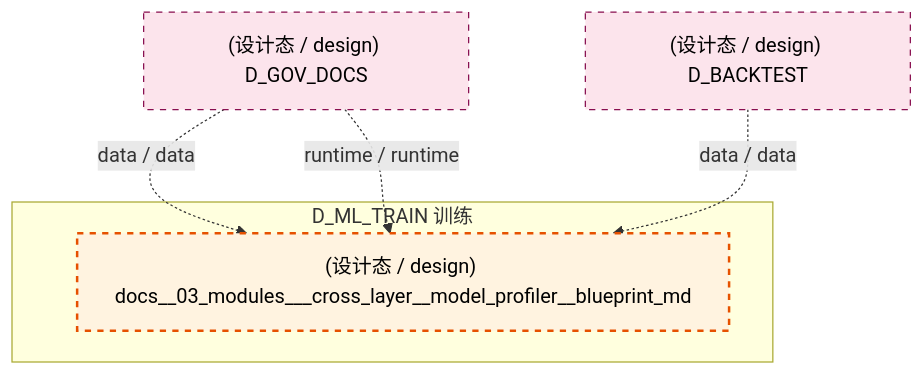
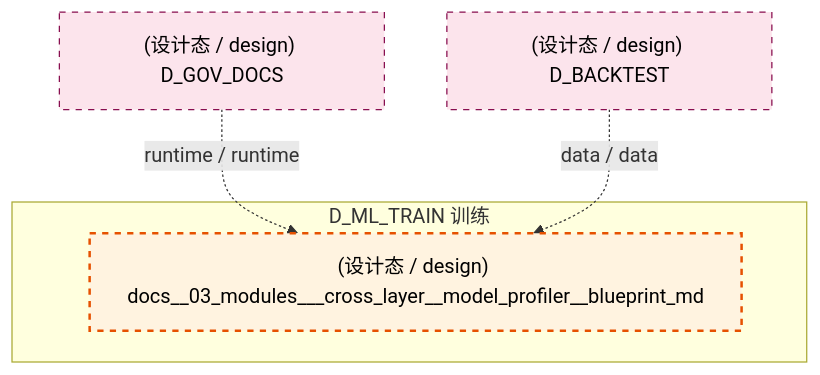
The second of 4 diagrams in docs/02_enterprise_architecture/02_domain_architecture_docs/50_d_ml_train.md (xuanFelixVan/ZephyrAlpha), drawn with Mermaid before and after one commit. The commit also changed other lines of this file and 101 other files, not shown here.

````diff
--- a/docs/02_enterprise_architecture/02_domain_architecture_docs/50_d_ml_train.md
+++ b/docs/02_enterprise_architecture/02_domain_architecture_docs/50_d_ml_train.md
@@ -113,17 +112,16 @@
 ```mermaid
 graph TD
     subgraph D_ML_TRAIN["D_ML_TRAIN 训练"]
         docs_03_modules_cross_layer_model_profiler_blueprint_md["(设计态 / design) docs__03_modules___cross_layer__model_profiler__blueprint_md"]
     end
     D_GOV_DOCS["(设计态 / design) D_GOV_DOCS"]
-    D_GOV_DOCS -.->|data / data| docs_03_modules_cross_layer_model_profiler_blueprint_md
     D_GOV_DOCS -.->|runtime / runtime| docs_03_modules_cross_layer_model_profiler_blueprint_md
     D_BACKTEST["(设计态 / design) D_BACKTEST"]
     D_BACKTEST -.->|data / data| docs_03_modules_cross_layer_model_profiler_blueprint_md
     classDef production fill:#e1f5fe,stroke:#01579b,stroke-width:2px,color:#000
     classDef design fill:#fff3e0,stroke:#e65100,stroke-width:2px,color:#000,stroke-dasharray: 5 5
     classDef external_prod fill:#e8f5e9,stroke:#1b5e20,stroke-width:1px,color:#000
     classDef external_design fill:#fce4ec,stroke:#880e4f,stroke-width:1px,color:#000,stroke-dasharray: 5 5
     class docs_03_modules_cross_layer_model_profiler_blueprint_md design
     class D_GOV_DOCS,D_BACKTEST external_design
 ```
````
